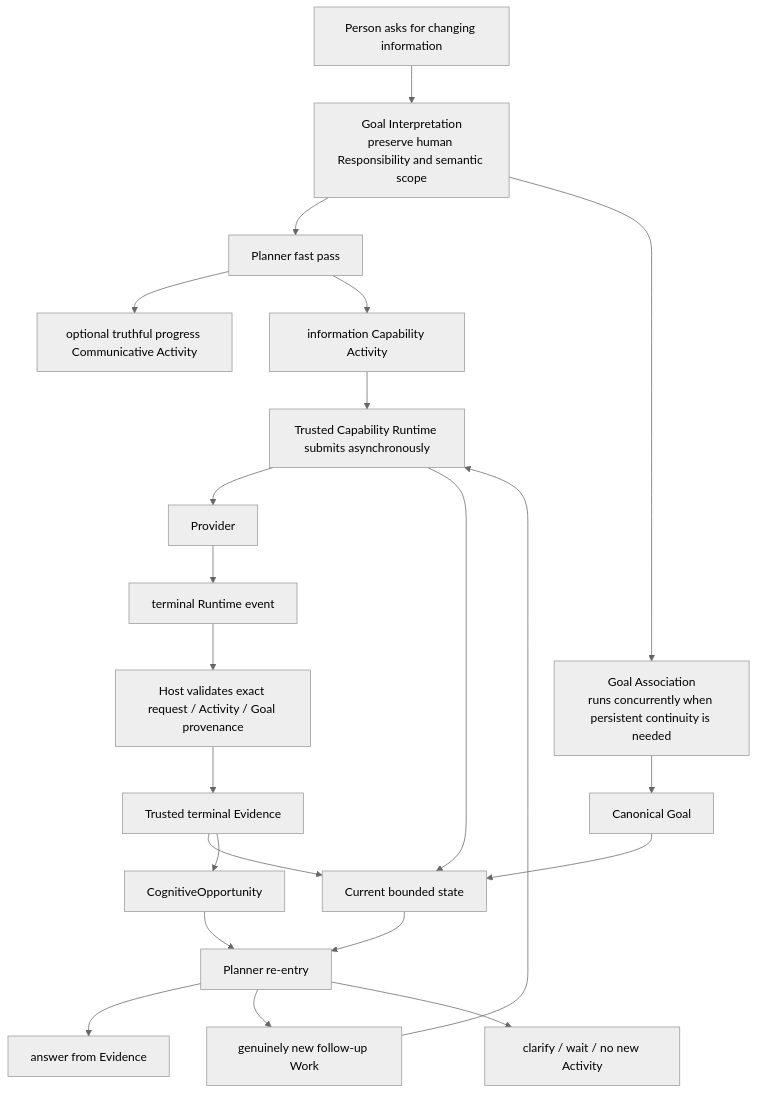
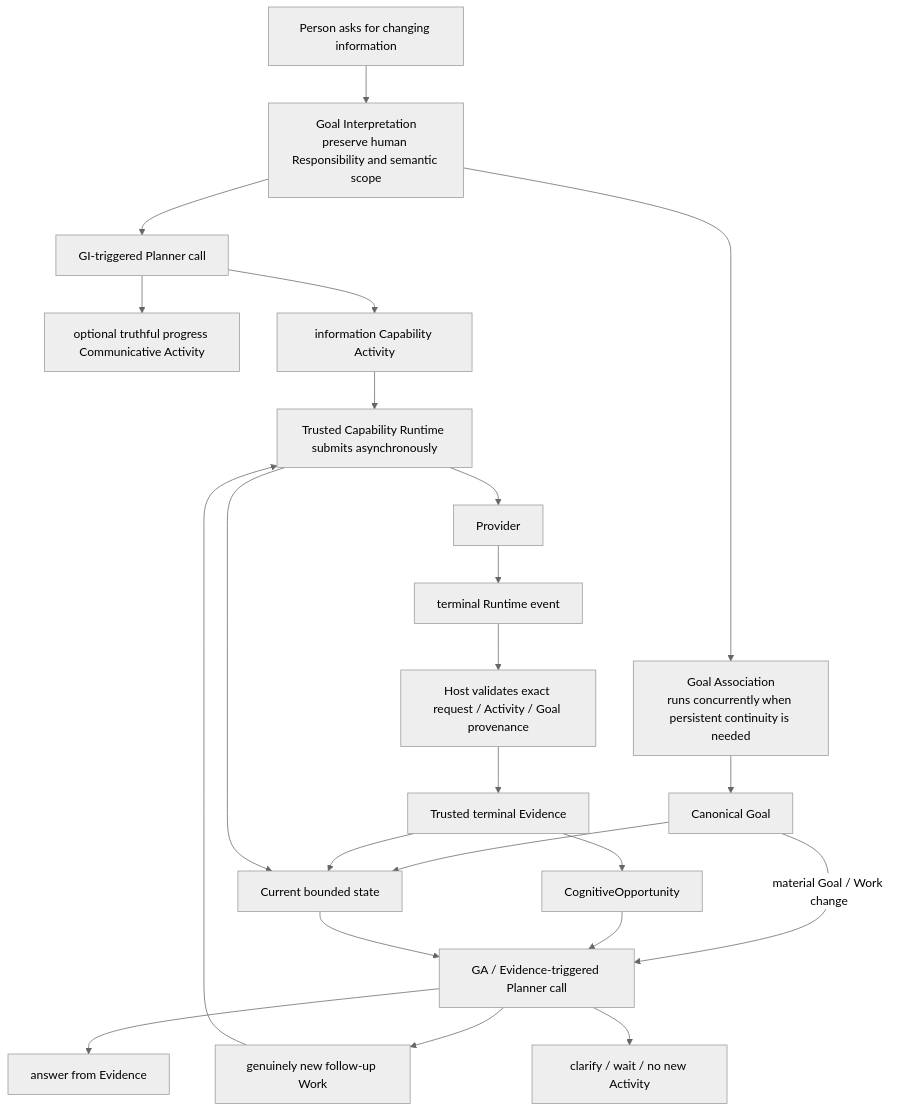
The second of 2 diagrams in docs/PROJECT_CHARTER.md (TimeTreker/chromie), drawn with Mermaid (neutral theme) before and after one commit. The commit also changed other lines of this file and 1560 other files, not shown here.

````diff
--- a/docs/PROJECT_CHARTER.md
+++ b/docs/PROJECT_CHARTER.md
@@ -353,24 +353,25 @@
 ```mermaid
 flowchart TD
     A["Person asks for changing information"] --> B["Goal Interpretation<br/>preserve human Responsibility and semantic scope"]
-    B --> C["Planner fast pass"]
+    B --> C["GI-triggered Planner call"]
     B --> G["Goal Association<br/>runs concurrently when persistent continuity is needed"]
     C --> D["optional truthful progress Communicative Activity"]
     C --> E["information Capability Activity"]
     E --> R["Trusted Capability Runtime submits asynchronously"]
     R --> P["Provider"]
     P --> X["terminal Runtime event"]
     X --> V["Host validates exact request / Activity / Goal provenance"]
     V --> EV["Trusted terminal Evidence"]
     G --> CG["Canonical Goal"]
     CG --> S["Current bounded state"]
+    CG -->|material Goal / Work change| NP
     EV --> S
     R --> S
     EV --> O["CognitiveOpportunity"]
-    O --> NP["Planner re-entry"]
+    O --> NP["GA / Evidence-triggered Planner call"]
     S --> NP
     NP --> A1["answer from Evidence"]
     NP --> A2["genuinely new follow-up Work"]
     NP --> A3["clarify / wait / no new Activity"]
     A2 --> R
 ```
````
